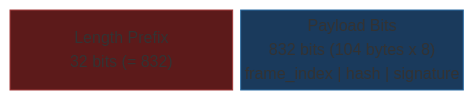
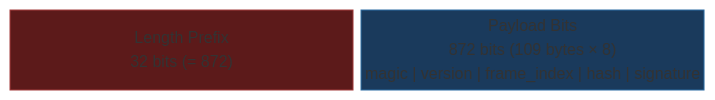
One commit to docxology/steganographer changed the second of 4 diagrams in docs/algorithms.md. Above: the diagram before and after it, drawn with Mermaid. The commit also changed other lines of this file and 31 other files, not shown here.

````diff
--- a/docs/algorithms.md
+++ b/docs/algorithms.md
@@ -36,8 +38,8 @@
 ```mermaid
 block-beta
     columns 2
-    A["Length Prefix\n32 bits (= 832)"]:1
-    B["Payload Bits\n832 bits (104 bytes x 8)\nframe_index | hash | signature"]:1
+    A["Length Prefix\n32 bits (= 872)"]:1
+    B["Payload Bits\n872 bits (109 bytes × 8)\nmagic | version | frame_index | hash | signature"]:1
     style A fill:#5c1a1a,stroke:#a33c3c,color:#fff
     style B fill:#1a3a5c,stroke:#2d6da3,color:#fff
 ```
````
